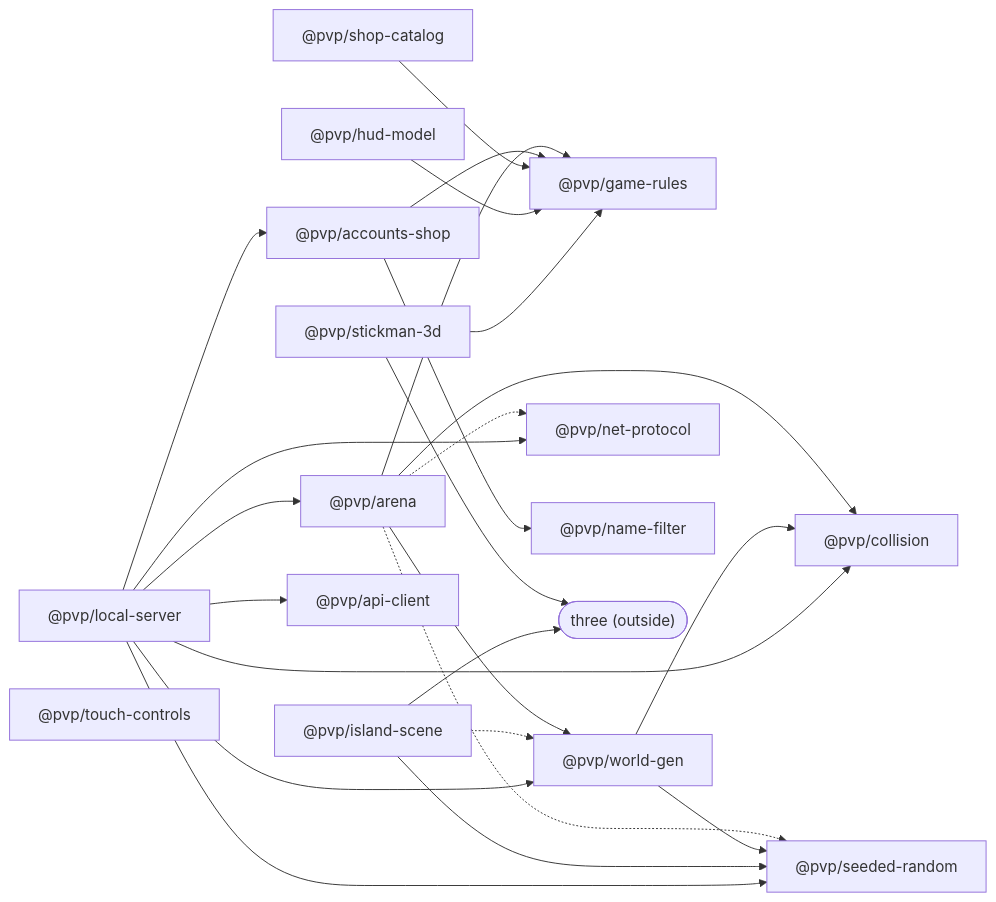
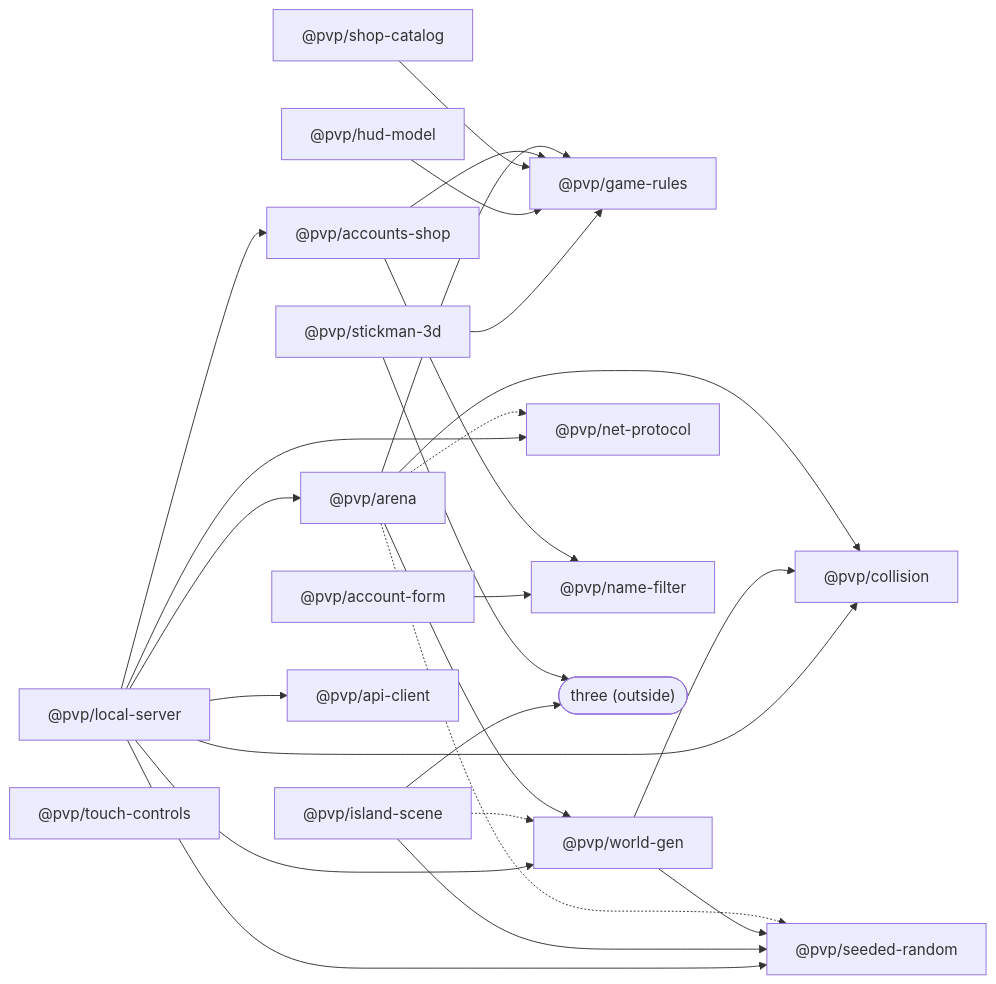
Before and after one commit to henriquemedeiros23-dev/pvp: the diagram in CATALOG.md, drawn with Mermaid. The commit also changed other lines of this file and 29 other files, not shown here.

````diff
--- a/CATALOG.md
+++ b/CATALOG.md
@@ -15,28 +15,29 @@
 ```mermaid
 graph LR
   arena["@pvp/arena"] --> collision["@pvp/collision"]
   arena --> rules["@pvp/game-rules"]
   arena --> worldgen["@pvp/world-gen"]
   arena -.-> random["@pvp/seeded-random"]
   arena -.-> protocol["@pvp/net-protocol"]
   worldgen --> collision
   worldgen --> random
   accounts["@pvp/accounts-shop"] --> rules
   accounts --> names["@pvp/name-filter"]
+  accountform["@pvp/account-form"] --> names
   shop["@pvp/shop-catalog"] --> rules
   hud["@pvp/hud-model"] --> rules
   stickman["@pvp/stickman-3d"] --> rules
   stickman --> three(["three (outside)"])
   scene["@pvp/island-scene"] --> random
   scene --> three
   scene -.-> worldgen
   api["@pvp/api-client"]
   local["@pvp/local-server"] --> arena
   local --> accounts
   local --> api
   local --> protocol
   local --> worldgen
   local --> random
   local --> collision
   controls["@pvp/touch-controls"]
 ```
````
